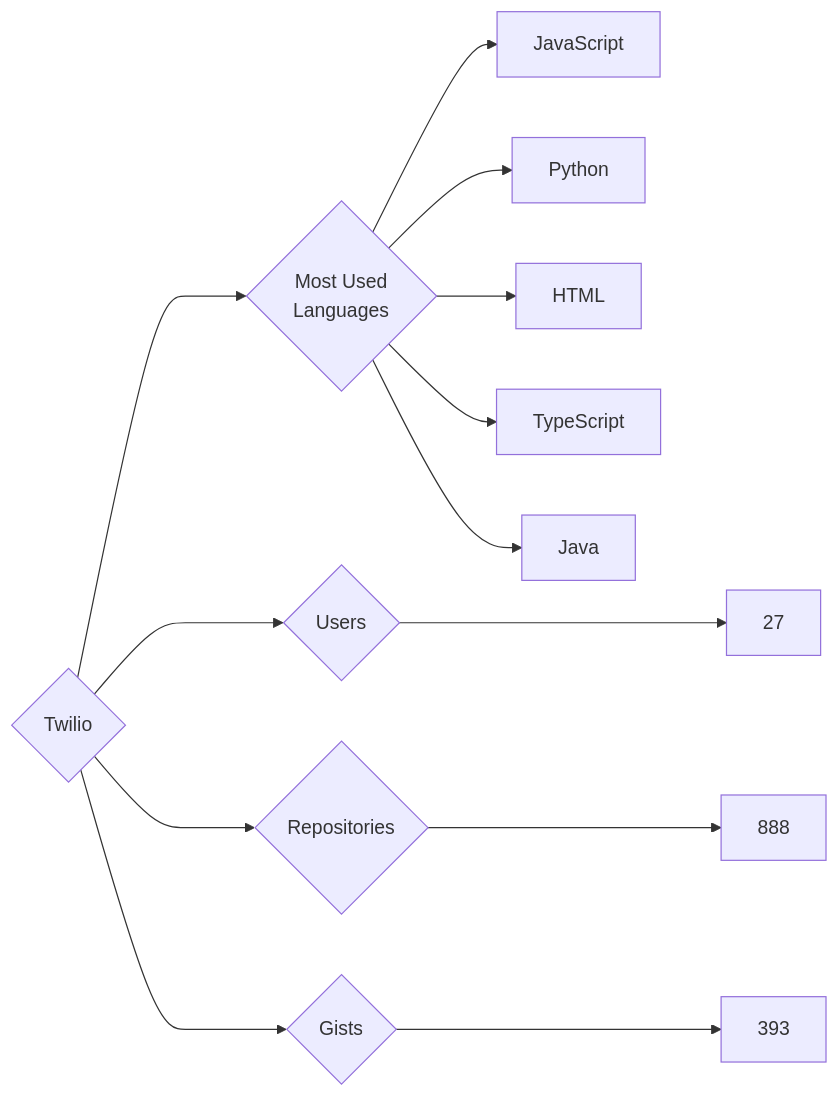
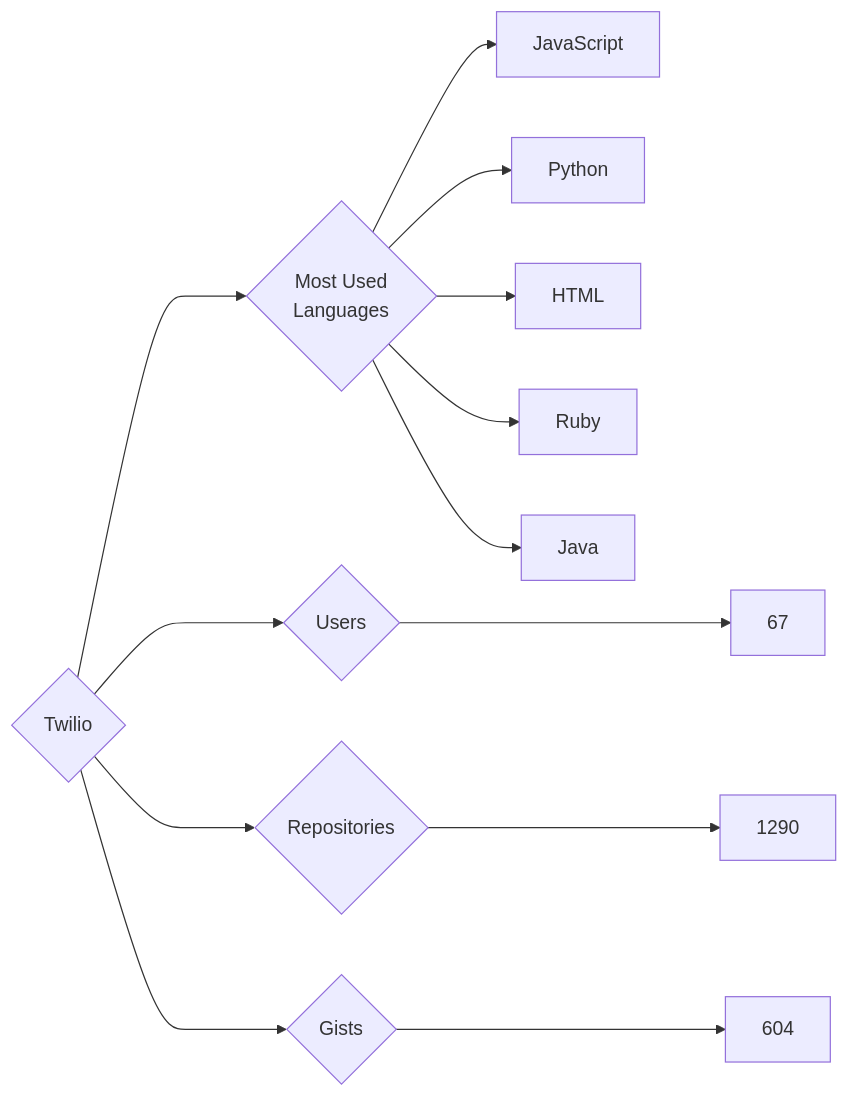
Before and after one commit to trickest/insiders: the diagram in targets/Twilio/README.md, drawn with Mermaid. The commit also changed 928 other files, not shown here.

````diff
--- a/targets/Twilio/README.md
+++ b/targets/Twilio/README.md
@@ -3,13 +3,13 @@
 ```mermaid
 graph LR
 COMPANY_NAME{Twilio}
-COMPANY_NAME ---> U{Users} ---> UN[27]
-COMPANY_NAME ---> R{Repositories} ---> RN[888]
-COMPANY_NAME ---> G{Gists} ---> GN[393]
+COMPANY_NAME ---> U{Users} ---> UN[67]
+COMPANY_NAME ---> R{Repositories} ---> RN[1290]
+COMPANY_NAME ---> G{Gists} ---> GN[604]
 COMPANY_NAME ---> ML{Most Used<br>Languages}
 ML --> JavaScript[JavaScript]
 ML --> Python[Python]
 ML --> HTML[HTML]
-ML --> TypeScript[TypeScript]
+ML --> Ruby[Ruby]
 ML --> Java[Java]
 ```
````
